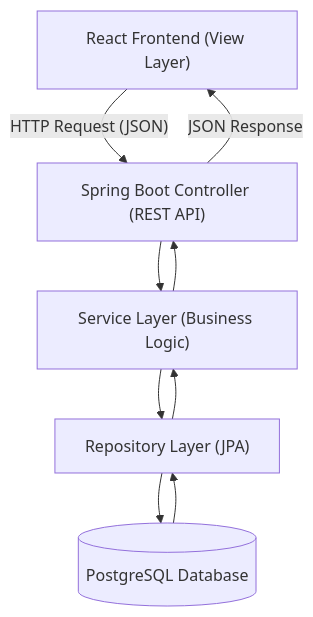
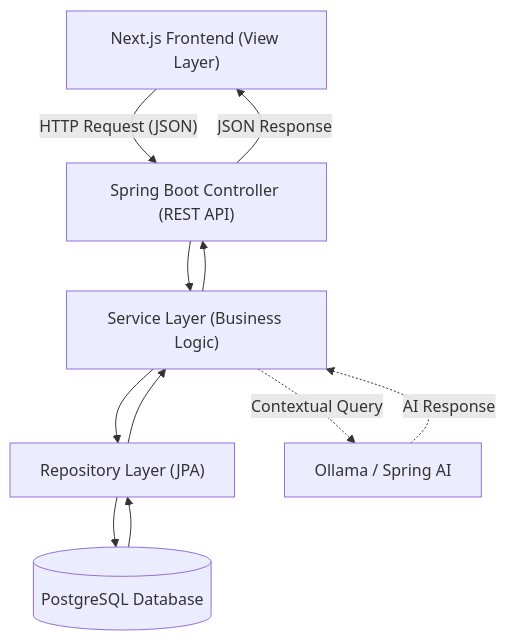
The diagram in Readme.md (Arannamoy-Mondal/SMART-DIGITAL-HOSTEL-ECOSYSTEM), drawn with Mermaid before and after one commit. The commit also changed other lines of this file, not shown here.

````diff
--- a/Readme.md
+++ b/Readme.md
@@ -1,17 +43,20 @@
 ```mermaid
 flowchart TD
-    A["React Frontend (View Layer)"]
+    A["Next.js Frontend (View Layer)"]
     B["Spring Boot Controller (REST API)"]
     C["Service Layer (Business Logic)"]
     D["Repository Layer (JPA)"]
     E[(PostgreSQL Database)]
+    F["Ollama / Spring AI"]
 
     A -->|"HTTP Request (JSON)"| B
     B --> C
     C --> D
     D --> E
     E --> D
     D --> C
     C --> B
     B -->|"JSON Response"| A
+    C -.->|"Contextual Query"| F
+    F -.->|"AI Response"| C
 ```
````
